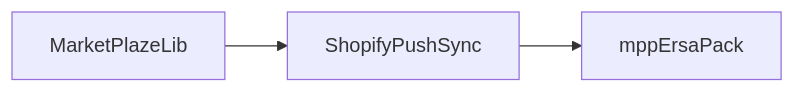
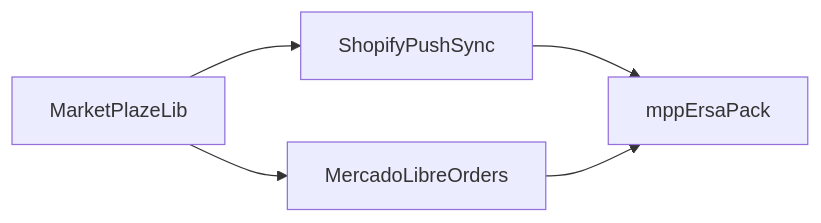
Before and after one commit to tfonrouge/marketPlazeLib: the diagram in blueprints/INDEX.md, drawn with Mermaid. The commit also changed other lines of this file and 4 other files, not shown here.

First line of the commit message:
docs: MercadoLibreOrders(FEATURE) blueprint — shared order models for ML

````diff
--- a/blueprints/INDEX.md
+++ b/blueprints/INDEX.md
@@ -25,5 +30,7 @@
 ```mermaid
 graph LR
   MarketPlazeLib --> ShopifyPushSync
+  MarketPlazeLib --> MercadoLibreOrders
   ShopifyPushSync --> mppErsaPack
+  MercadoLibreOrders --> mppErsaPack
 ```
````
